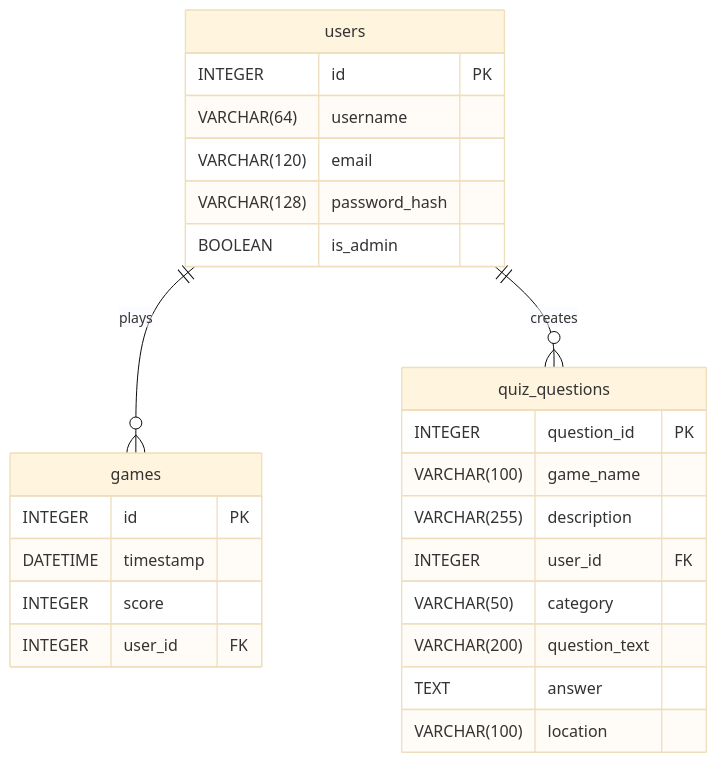
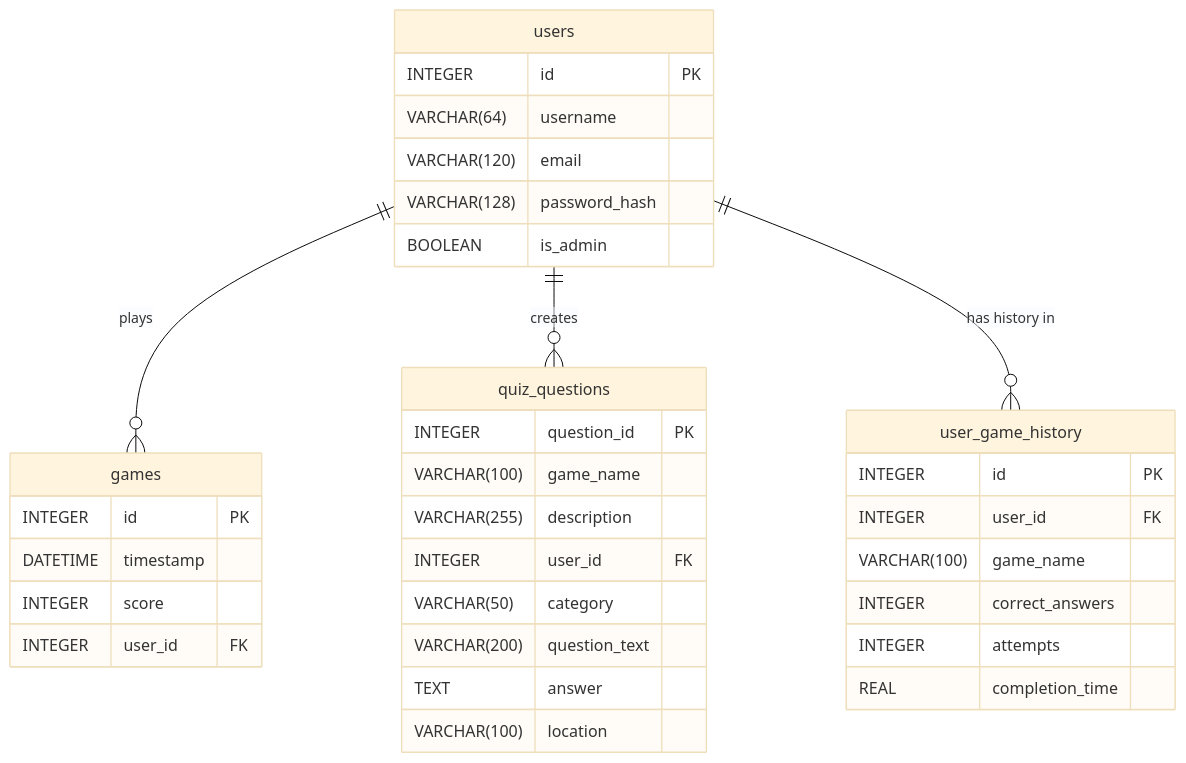
One commit to Ishi01/CITS5505Group41Project changed the diagram in ER_diagram.md. Above: the diagram before and after it, drawn with Mermaid (base theme).

Commit message:
ER_Diagram Update

````diff
--- a/ER_diagram.md
+++ b/ER_diagram.md
@@ -1,30 +1,40 @@
 ```mermaid
 erDiagram
     users ||--o{ games : "plays"
     users {
         INTEGER id PK
         VARCHAR(64) username
         VARCHAR(120) email
         VARCHAR(128) password_hash
         BOOLEAN is_admin
     }
     games {
         INTEGER id PK
         DATETIME timestamp
         INTEGER score
         INTEGER user_id FK
     }
 
     users ||--o{ quiz_questions : "creates"
     quiz_questions {
         INTEGER question_id PK
         VARCHAR(100) game_name
         VARCHAR(255) description
         INTEGER user_id FK
         VARCHAR(50) category
         VARCHAR(200) question_text
         TEXT answer
         VARCHAR(100) location
     }
 
+    users ||--o{ user_game_history : "has history in"
+    user_game_history {
+        INTEGER id PK
+        INTEGER user_id FK
+        VARCHAR(100) game_name
+        INTEGER correct_answers
+        INTEGER attempts
+        REAL completion_time
+    }
+
 ```
````
